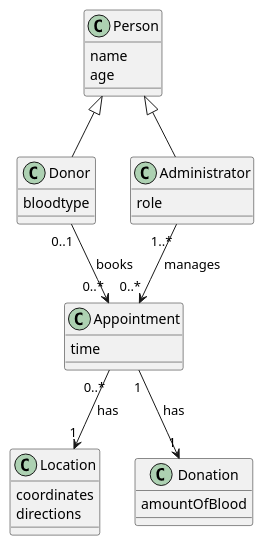
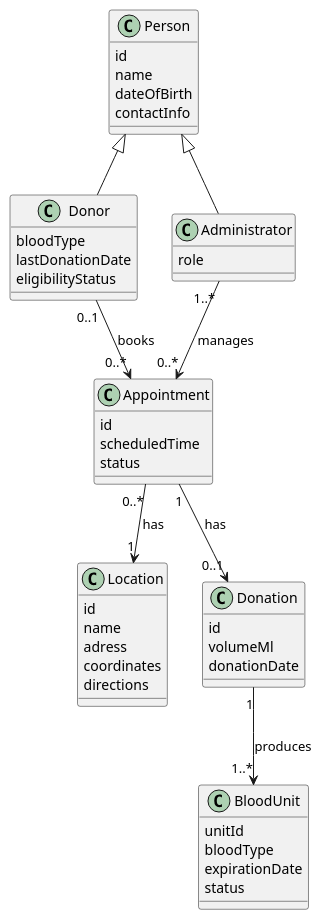
Before and after one commit to japetsch/dat251-group-c: the diagram in docs/assignment-1/DomainModel.md, drawn with PlantUML.

Commit message:
Update DomainModel

````diff
--- a/docs/assignment-1/DomainModel.md
+++ b/docs/assignment-1/DomainModel.md
@@ -1,37 +1,57 @@
 ```plantuml
 @startuml
 class Person {
+  id
   name
-  age
+  dateOfBirth
+  contactInfo
 }
 
 class Donor extends Person {
-  bloodtype
+  bloodType
+  lastDonationDate
+  eligibilityStatus
 }
 
 class Administrator extends Person {
   role
 }
 
 Donor "0..1" --> "0..*" Appointment : books
 Administrator "1..*" --> "0..*" Appointment : manages
 
 class Appointment {
-  time
+  id
+  scheduledTime
+  status
 }
 
 Appointment "0..*" --> "1" Location : has
 
 class Location {
+  id
+  name
+  adress
   coordinates
   directions
 }
 
 class Donation {
-  amountOfBlood
+  id
+  volumeMl
+  donationDate
 }
 
-Appointment "1" --> "1" Donation : has
+Appointment "1" --> "0..1" Donation : has
+
+class BloodUnit {
+  unitId
+  bloodType
+  expirationDate
+  status
+}
+
+Donation "1" --> "1..*" BloodUnit : produces
 
 @enduml
 ```
````
